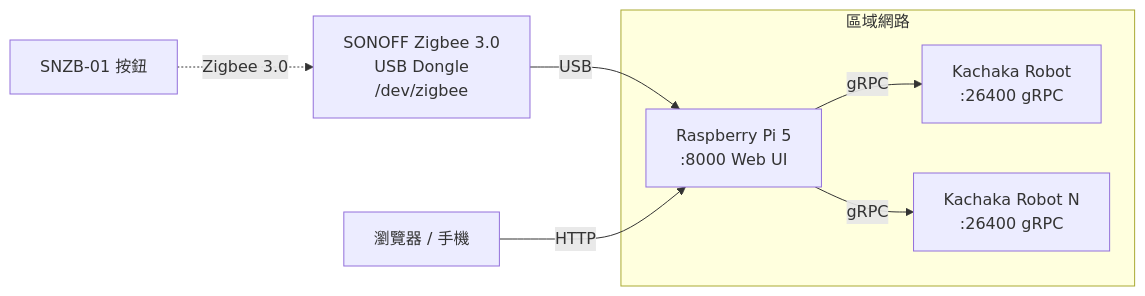
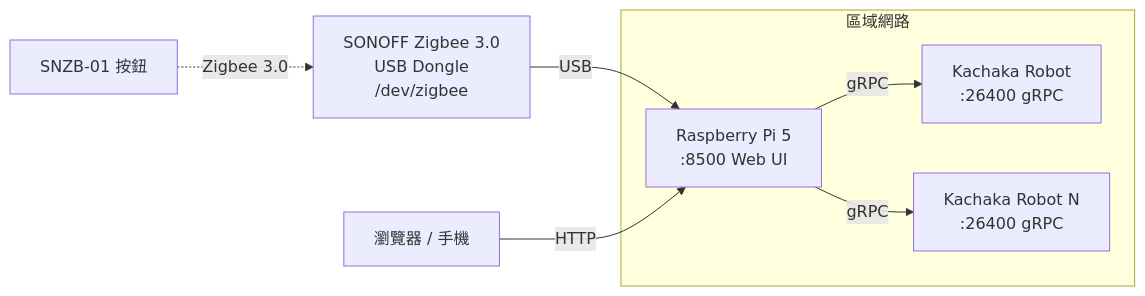
One commit to Sigma-Snaken/sigma-button-controller changed the first of 4 diagrams in README.md. Above: the diagram before and after it, drawn with Mermaid. The commit also changed other lines of this file and 9 other files, not shown here.

````diff
--- a/README.md
+++ b/README.md
@@ -23,13 +23,13 @@
 ```mermaid
 graph LR
     subgraph LAN["區域網路"]
-        Pi["Raspberry Pi 5<br/>:8000 Web UI"]
+        Pi["Raspberry Pi 5<br/>:8500 Web UI"]
         K1["Kachaka Robot<br/>:26400 gRPC"]
         K2["Kachaka Robot N<br/>:26400 gRPC"]
     end
     Dongle["SONOFF Zigbee 3.0<br/>USB Dongle<br/>/dev/zigbee"] -->|USB| Pi
     BTN["SNZB-01 按鈕"] -.->|Zigbee 3.0| Dongle
     Pi -->|gRPC| K1
     Pi -->|gRPC| K2
     User["瀏覽器 / 手機"] -->|HTTP| Pi
 ```
````
